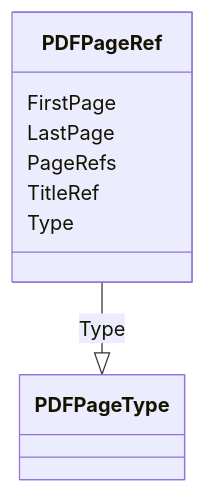
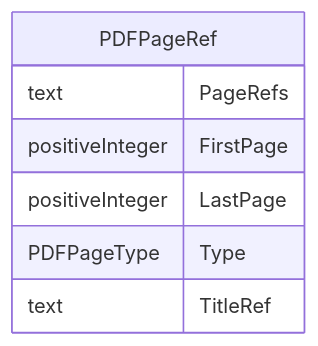
Before and after one commit to cdisc-org/DataExchange-ODM-LinkML: the diagram in docs/PDFPageRef.md, drawn with Mermaid. The commit also changed other lines of this file and 181 other files, not shown here.

Commit message:
ER diagrams working via templates and removing names with underscores

````diff
--- a/docs/PDFPageRef.md
+++ b/docs/PDFPageRef.md
@@ -14,17 +11,13 @@
 ```mermaid
- classDiagram
-    class PDFPageRef
-      PDFPageRef : FirstPage
-        
-      PDFPageRef : LastPage
-        
-      PDFPageRef : PageRefs
-        
-      PDFPageRef : TitleRef
-        
-      PDFPageRef : Type
-        
-          PDFPageRef --|> PDFPageType : Type
-        
-      
+erDiagram
+PDFPageRef {
+    text PageRefs  
+    positiveInteger FirstPage  
+    positiveInteger LastPage  
+    PDFPageType Type  
+    text TitleRef  
+}
+
+
+
 ```
````
